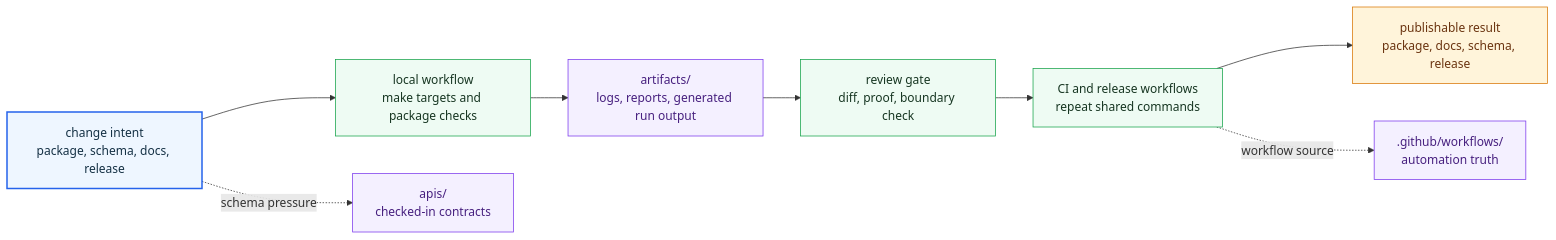
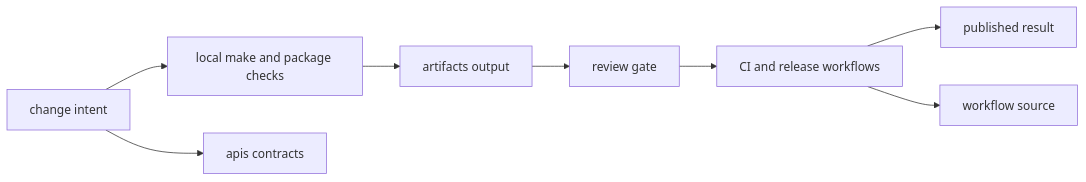
Before and after one commit to bijux/bijux-canon: the diagram in docs/01-bijux-canon/operations/index.md, drawn with Mermaid. The commit also changed other lines of this file, not shown here.

Commit message:
docs(operations): simplify shared work loop

````diff
--- a/docs/01-bijux-canon/operations/index.md
+++ b/docs/01-bijux-canon/operations/index.md
@@ -27,22 +27,15 @@
 ```mermaid
 flowchart LR
-    change["change intent<br/>package, schema, docs, release"]
-    local["local workflow<br/>make targets and package checks"]
-    artifacts["artifacts/<br/>logs, reports, generated run output"]
-    review["review gate<br/>diff, proof, boundary check"]
-    ci["CI and release workflows<br/>repeat shared commands"]
-    publish["publishable result<br/>package, docs, schema, release"]
+    change["change intent"]
+    local["local make and package checks"]
+    artifacts["artifacts output"]
+    review["review gate"]
+    ci["CI and release workflows"]
+    publish["published result"]
+    apis["apis contracts"]
+    workflows["workflow source"]
 
     change --> local --> artifacts --> review --> ci --> publish
-    change -. schema pressure .-> apis["apis/<br/>checked-in contracts"]
-    ci -. workflow source .-> workflows[".github/workflows/<br/>automation truth"]
-
-    classDef page fill:#eef6ff,stroke:#2563eb,color:#153145,stroke-width:2px;
-    classDef positive fill:#eefbf3,stroke:#16a34a,color:#173622;
-    classDef anchor fill:#f4f0ff,stroke:#7c3aed,color:#47207f;
-    classDef action fill:#fff4da,stroke:#d97706,color:#6b3410;
-    class change page;
-    class local,review,ci positive;
-    class artifacts,apis,workflows anchor;
-    class publish action;
+    change --> apis
+    ci --> workflows
 ```
````
